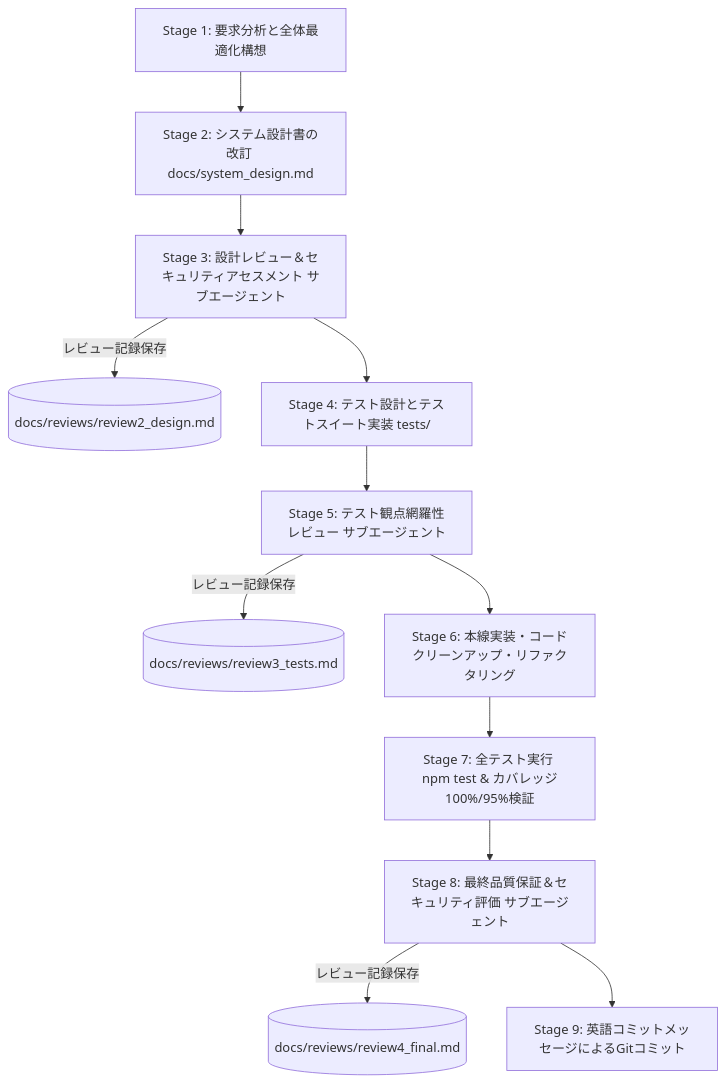
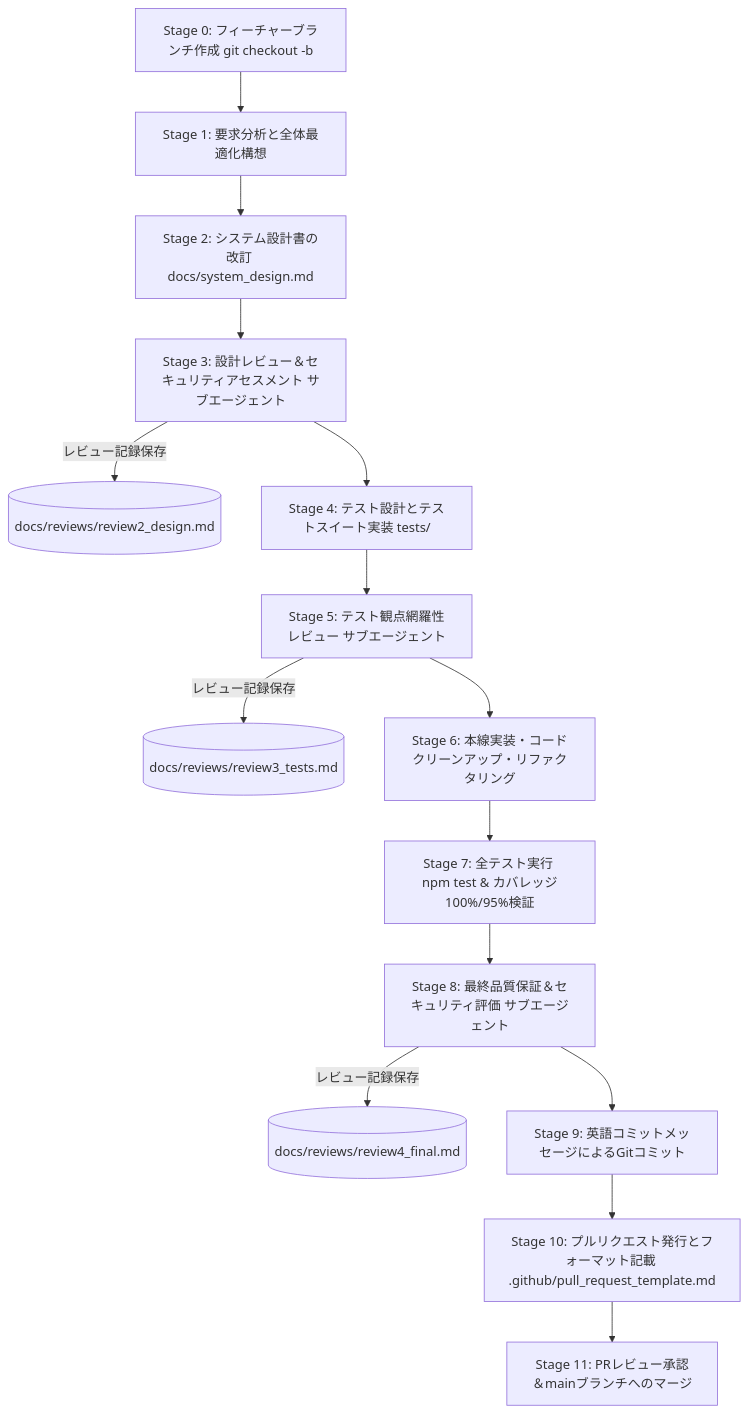
One commit to tekuteku-life/kogaidocs changed the diagram in docs/development_process.md. Above: the diagram before and after it, drawn with Mermaid. The commit also changed other lines of this file and 3 other files, not shown here.

Commit message:
feat: add pull-request template & commit process

````diff
--- a/docs/development_process.md
+++ b/docs/development_process.md
@@ -27,14 +30,17 @@
 ```mermaid
 flowchart TD
-	S1[Stage 1: 要求分析と全体最適化構想] --> S2[Stage 2: システム設計書の改訂 docs/system_design.md]
+	S0[Stage 0: フィーチャーブランチ作成 git checkout -b] --> S1[Stage 1: 要求分析と全体最適化構想]
+	S1 --> S2[Stage 2: システム設計書の改訂 docs/system_design.md]
 	S2 --> S3[Stage 3: 設計レビュー＆セキュリティアセスメント サブエージェント]
 	S3 -->|レビュー記録保存| D1[(docs/reviews/review2_design.md)]
 	S3 --> S4[Stage 4: テスト設計とテストスイート実装 tests/]
 	S4 --> S5[Stage 5: テスト観点網羅性レビュー サブエージェント]
 	S5 -->|レビュー記録保存| D2[(docs/reviews/review3_tests.md)]
 	S5 --> S6[Stage 6: 本線実装・コードクリーンアップ・リファクタリング]
 	S6 --> S7[Stage 7: 全テスト実行 npm test & カバレッジ100%/95%検証]
 	S7 --> S8[Stage 8: 最終品質保証＆セキュリティ評価 サブエージェント]
 	S8 -->|レビュー記録保存| D3[(docs/reviews/review4_final.md)]
 	S8 --> S9[Stage 9: 英語コミットメッセージによるGitコミット]
+	S9 --> S10[Stage 10: プルリクエスト発行とフォーマット記載 .github/pull_request_template.md]
+	S10 --> S11[Stage 11: PRレビュー承認＆mainブランチへのマージ]
 ```
````
